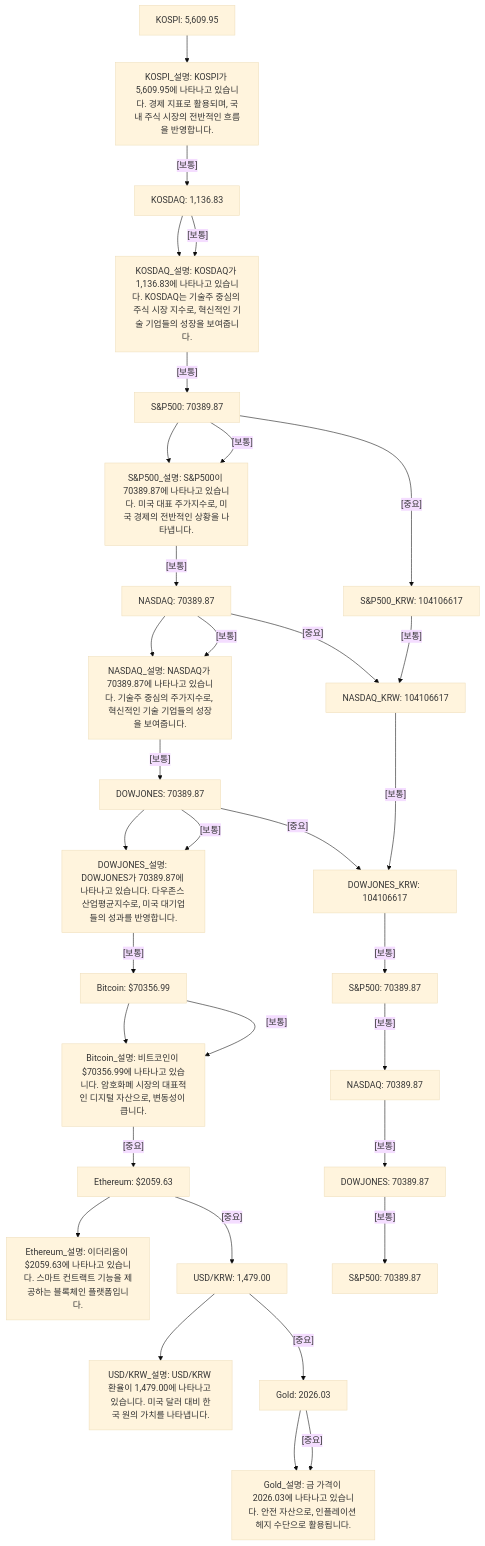
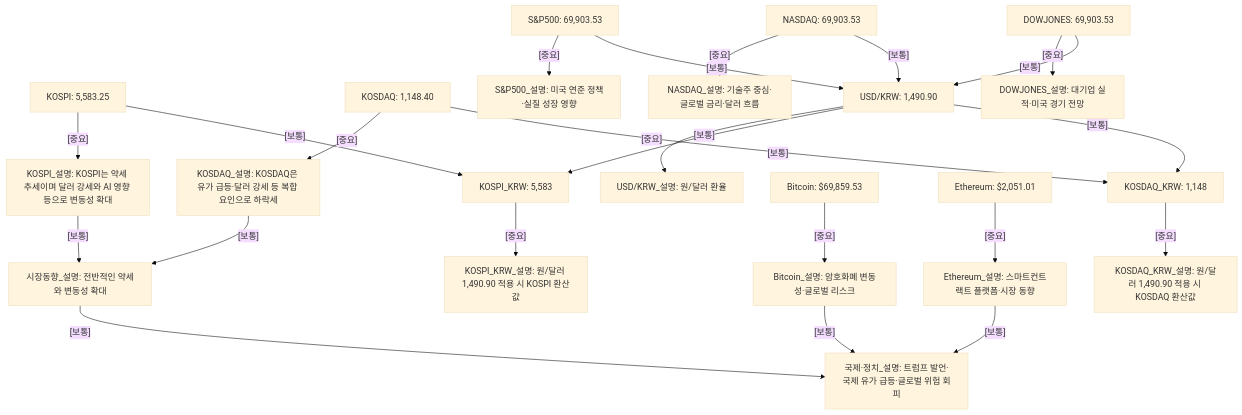
Before and after one commit to yoohyunseog/HANKOOKINTERNET-CHAMSOSIK: the diagram in web/public/한국인터넷.한국/참소식.com/website_diagram.mmd, drawn with Mermaid (base theme). The commit also changed 23 other files, not shown here.

```diff
--- a/web/public/한국인터넷.한국/참소식.com/website_diagram.mmd
+++ b/web/public/한국인터넷.한국/참소식.com/website_diagram.mmd
@@ -1,33 +1,49 @@
 flowchart TD
-    A[KOSPI: 5,609.95] --> B[KOSPI_설명: KOSPI가 5,609.95에 나타나고 있습니다. 경제 지표로 활용되며, 국내 주식 시장의 전반적인 흐름을 반영합니다.]
-    C[KOSDAQ: 1,136.83] --> D[KOSDAQ_설명: KOSDAQ가 1,136.83에 나타나고 있습니다. KOSDAQ는 기술주 중심의 주식 시장 지수로, 혁신적인 기술 기업들의 성장을 보여줍니다.]
-    E[S&P500: 70389.87] --> F[S&P500_설명: S&P500이 70389.87에 나타나고 있습니다. 미국 대표 주가지수로, 미국 경제의 전반적인 상황을 나타냅니다.]
-    G[NASDAQ: 70389.87] --> H[NASDAQ_설명: NASDAQ가 70389.87에 나타나고 있습니다. 기술주 중심의 주가지수로, 혁신적인 기술 기업들의 성장을 보여줍니다.]
-    I[DOWJONES: 70389.87] --> J[DOWJONES_설명: DOWJONES가 70389.87에 나타나고 있습니다. 다우존스 산업평균지수로, 미국 대기업들의 성과를 반영합니다.]
-    K[Bitcoin: $70356.99] --> L[Bitcoin_설명: 비트코인이 $70356.99에 나타나고 있습니다. 암호화폐 시장의 대표적인 디지털 자산으로, 변동성이 큽니다.]
-    M[Ethereum: $2059.63] --> N[Ethereum_설명: 이더리움이 $2059.63에 나타나고 있습니다. 스마트 컨트랙트 기능을 제공하는 블록체인 플랫폼입니다.]
-    O[USD/KRW: 1,479.00] --> P[USD/KRW_설명: USD/KRW 환율이 1,479.00에 나타나고 있습니다. 미국 달러 대비 한국 원의 가치를 나타냅니다.]
-    Q[Gold: 2026.03] --> R[Gold_설명: 금 가격이 2026.03에 나타나고 있습니다. 안전 자산으로, 인플레이션 헤지 수단으로 활용됩니다.]
-    E -- [중요] --> S[S&P500_KRW: 104106617]
-    G -- [중요] --> T[NASDAQ_KRW: 104106617]
-    I -- [중요] --> U[DOWJONES_KRW: 104106617]
-    B -- [보통] --> C
-    C -- [보통] --> D
-    D -- [보통] --> E
-    E -- [보통] --> F
-    F -- [보통] --> G
-    G -- [보통] --> H
-    H -- [보통] --> I
-    I -- [보통] --> J
-    J -- [보통] --> K
-    K -- [보통] --> L
-    L -- [중요] --> M
-    M -- [중요] --> O
-    O -- [중요] --> Q
+    A[KOSPI: 5,583.25] 
+    B[KOSPI_설명: KOSPI는 약세 추세이며 달러 강세와 AI 영향 등으로 변동성 확대] 
+    C[KOSDAQ: 1,148.40] 
+    D[KOSDAQ_설명: KOSDAQ은 유가 급등·달러 강세 등 복합 요인으로 하락세] 
+    E[KOSPI_KRW: 5,583] 
+    F[KOSPI_KRW_설명: 원/달러 1,490.90 적용 시 KOSPI 환산값] 
+    G[KOSDAQ_KRW: 1,148] 
+    H[KOSDAQ_KRW_설명: 원/달러 1,490.90 적용 시 KOSDAQ 환산값] 
+    I[S&P500: 69,903.53] 
+    J[S&P500_설명: 미국 연준 정책·실질 성장 영향] 
+    K[NASDAQ: 69,903.53] 
+    L[NASDAQ_설명: 기술주 중심·글로벌 금리·달러 흐름] 
+    M[DOWJONES: 69,903.53] 
+    N[DOWJONES_설명: 대기업 실적·미국 경기 전망] 
+    O[Bitcoin: $69,859.53] 
+    P[Bitcoin_설명: 암호화폐 변동성·글로벌 리스크] 
+    Q[Ethereum: $2,051.01] 
+    R[Ethereum_설명: 스마트컨트랙트 플랫폼·시장 동향] 
+    S[USD/KRW: 1,490.90] 
+    T[USD/KRW_설명: 원/달러 환율] 
+    U[시장동향_설명: 전반적인 약세와 변동성 확대] 
+    V[국제·정치_설명: 트럼프 발언·국제 유가 급등·글로벌 위험 회피] 
+
+    A -- [중요] --> B
+    C -- [중요] --> D
+    E -- [중요] --> F
+    G -- [중요] --> H
+    I -- [중요] --> J
+    K -- [중요] --> L
+    M -- [중요] --> N
+    O -- [중요] --> P
     Q -- [중요] --> R
-    S -- [보통] --> T
-    T -- [보통] --> U
-    U -- [보통] --> V[S&P500: 70389.87]
-    V -- [보통] --> W[NASDAQ: 70389.87]
-    W -- [보통] --> X[DOWJONES: 70389.87]
-    X -- [보통] --> Y[S&P500: 70389.87]
+    S -- [중요] --> T
+
+    B -- [보통] --> U
+    D -- [보통] --> U
+    U -- [보통] --> V
+
+    A -- [보통] --> E
+    C -- [보통] --> G
+    S -- [보통] --> E
+    S -- [보통] --> G
+    I -- [보통] --> S
+    K -- [보통] --> S
+    M -- [보통] --> S
+
+    P -- [보통] --> V
+    R -- [보통] --> V
```
